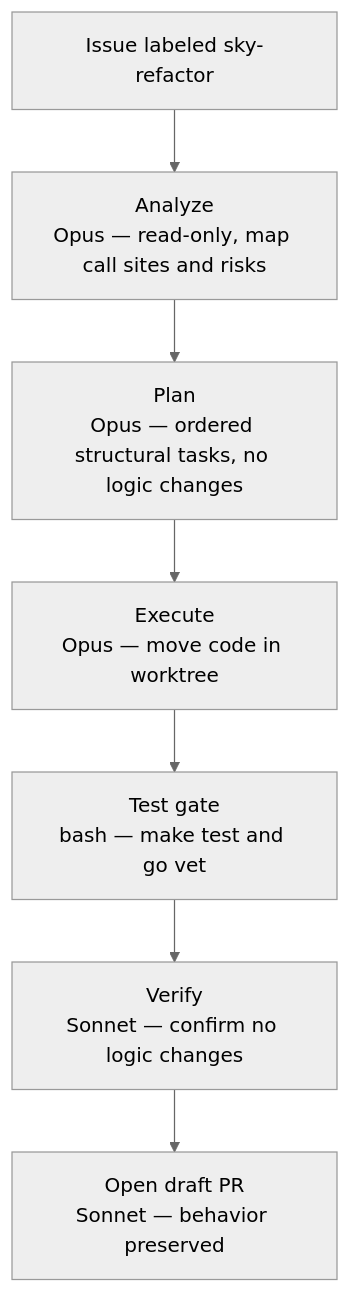
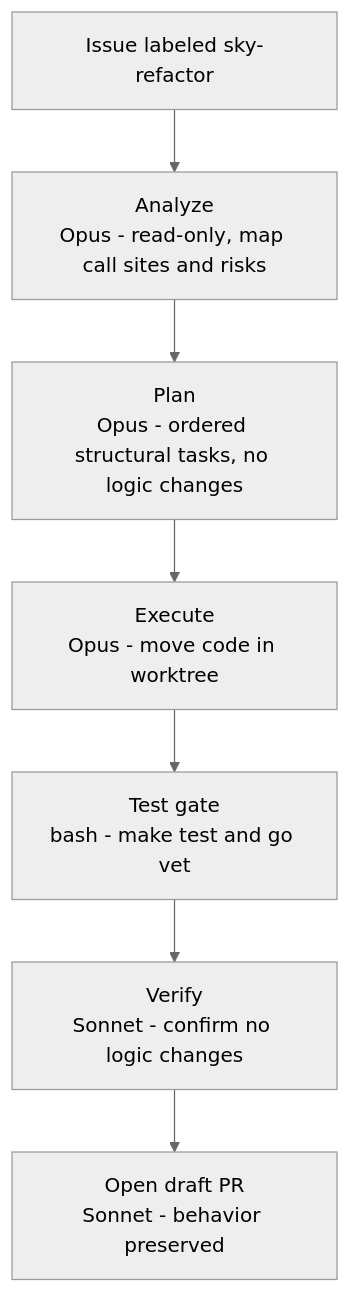
The diagram in src/content/docs/examples/refactor-safely.mdx (skylence-be/docs.skylence.be), drawn with Mermaid (neutral theme) before and after one commit. The commit also changed other lines of this file and 48 other files, not shown here.

````diff
--- a/src/content/docs/examples/refactor-safely.mdx
+++ b/src/content/docs/examples/refactor-safely.mdx
@@ -14,9 +14,9 @@
 ```mermaid
 flowchart TD
-    trigger["Issue labeled sky-refactor"] --> analyze["Analyze\nOpus — read-only, map call sites and risks"]
-    analyze --> plan["Plan\nOpus — ordered structural tasks, no logic changes"]
-    plan --> execute["Execute\nOpus — move code in worktree"]
-    execute --> test["Test gate\nbash — make test and go vet"]
-    test --> verify["Verify\nSonnet — confirm no logic changes"]
-    verify --> pr["Open draft PR\nSonnet — behavior preserved"]
+    trigger["Issue labeled sky-refactor"] --> analyze["Analyze\nOpus - read-only, map call sites and risks"]
+    analyze --> plan["Plan\nOpus - ordered structural tasks, no logic changes"]
+    plan --> execute["Execute\nOpus - move code in worktree"]
+    execute --> test["Test gate\nbash - make test and go vet"]
+    test --> verify["Verify\nSonnet - confirm no logic changes"]
+    verify --> pr["Open draft PR\nSonnet - behavior preserved"]
 ```
````
